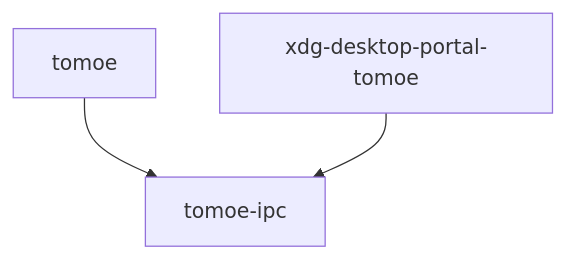
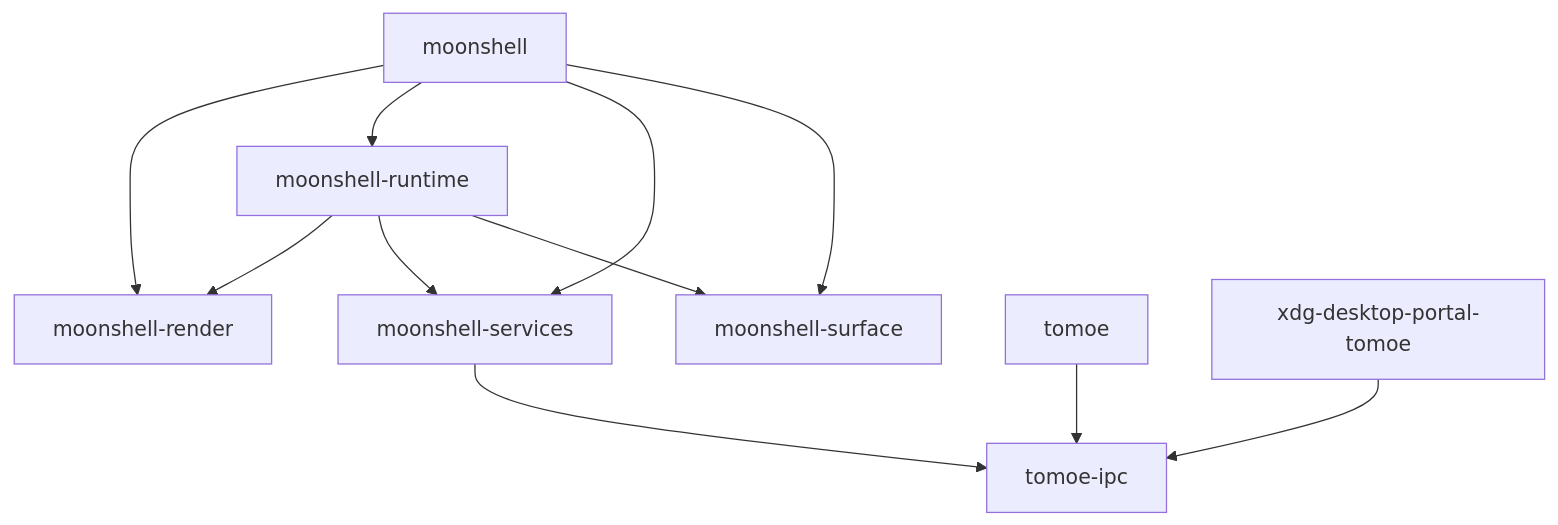
The diagram in ARCHITECTURE.md (y0usaf/tomoe), drawn with Mermaid before and after one commit. The commit also changed other lines of this file, not shown here.

Commit message:
arch: regenerate for the fused workspace (moonshell crates join the map)

````diff
--- a/ARCHITECTURE.md
+++ b/ARCHITECTURE.md
@@ -14,5 +14,13 @@
 ```mermaid
 graph TD
+  moonshell["moonshell"] --> moonshell_render["moonshell-render"]
+  moonshell["moonshell"] --> moonshell_runtime["moonshell-runtime"]
+  moonshell["moonshell"] --> moonshell_services["moonshell-services"]
+  moonshell["moonshell"] --> moonshell_surface["moonshell-surface"]
+  moonshell_runtime["moonshell-runtime"] --> moonshell_render["moonshell-render"]
+  moonshell_runtime["moonshell-runtime"] --> moonshell_services["moonshell-services"]
+  moonshell_runtime["moonshell-runtime"] --> moonshell_surface["moonshell-surface"]
+  moonshell_services["moonshell-services"] --> tomoe_ipc["tomoe-ipc"]
   tomoe["tomoe"] --> tomoe_ipc["tomoe-ipc"]
   xdg_desktop_portal_tomoe["xdg-desktop-portal-tomoe"] --> tomoe_ipc["tomoe-ipc"]
 ```
````
